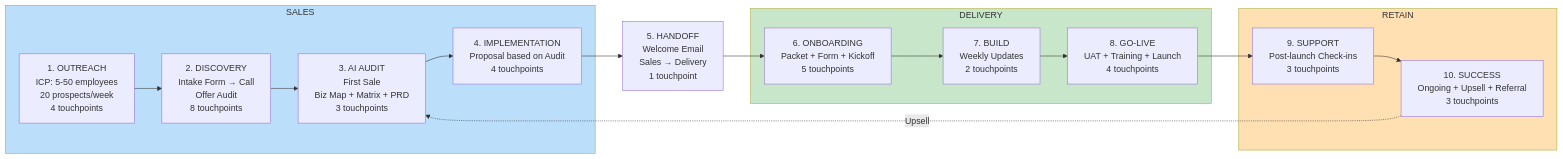
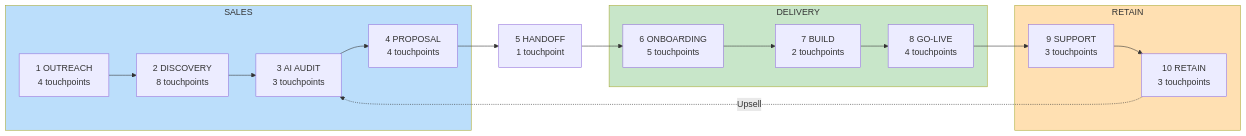
One commit to mekaielabdullahi/ai-agency-sales-os changed the second of 3 diagrams in customer-journey-mermaid.md. Above: the diagram before and after it, drawn with Mermaid. The commit also changed other lines of this file, not shown here.

First line of the commit message:
Shorten Mermaid diagram text for GitHub visibility

````diff
--- a/customer-journey-mermaid.md
+++ b/customer-journey-mermaid.md
@@ -200,33 +204,33 @@
 ```mermaid
 flowchart LR
     subgraph SALES["SALES"]
-        A1[1. OUTREACH<br/>ICP: 5-50 employees<br/>20 prospects/week<br/>4 touchpoints]
-        A2[2. DISCOVERY<br/>Intake Form → Call<br/>Offer Audit<br/>8 touchpoints]
-        A3[3. AI AUDIT<br/>First Sale<br/>Biz Map + Matrix + PRD<br/>3 touchpoints]
-        A4[4. IMPLEMENTATION<br/>Proposal based on Audit<br/>4 touchpoints]
+        A1[1 OUTREACH<br/>4 touchpoints]
+        A2[2 DISCOVERY<br/>8 touchpoints]
+        A3[3 AI AUDIT<br/>3 touchpoints]
+        A4[4 PROPOSAL<br/>4 touchpoints]
         A1 --> A2 --> A3 --> A4
     end
 
-    B[5. HANDOFF<br/>Welcome Email<br/>Sales → Delivery<br/>1 touchpoint]
+    B[5 HANDOFF<br/>1 touchpoint]
 
     subgraph DELIVERY["DELIVERY"]
-        C1[6. ONBOARDING<br/>Packet + Form + Kickoff<br/>5 touchpoints]
-        C2[7. BUILD<br/>Weekly Updates<br/>2 touchpoints]
-        C3[8. GO-LIVE<br/>UAT + Training + Launch<br/>4 touchpoints]
+        C1[6 ONBOARDING<br/>5 touchpoints]
+        C2[7 BUILD<br/>2 touchpoints]
+        C3[8 GO-LIVE<br/>4 touchpoints]
         C1 --> C2 --> C3
     end
 
     subgraph RETAIN["RETAIN"]
-        D1[9. SUPPORT<br/>Post-launch Check-ins<br/>3 touchpoints]
-        D2[10. SUCCESS<br/>Ongoing + Upsell + Referral<br/>3 touchpoints]
+        D1[9 SUPPORT<br/>3 touchpoints]
+        D2[10 RETAIN<br/>3 touchpoints]
         D1 --> D2
     end
 
     A4 --> B --> C1
     C3 --> D1
     D2 -.->|Upsell| A3
 
     style SALES fill:#bbdefb
     style DELIVERY fill:#c8e6c9
     style RETAIN fill:#ffe0b2
 ```
````
